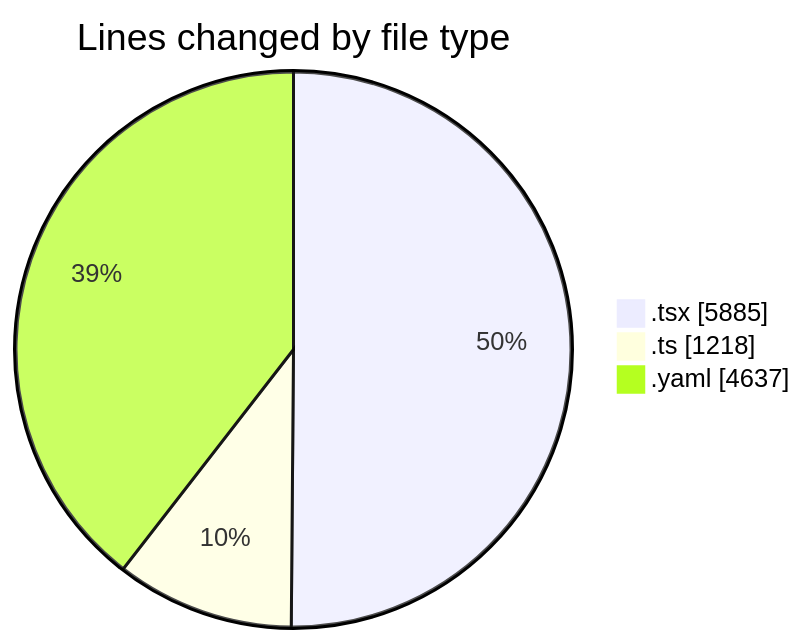
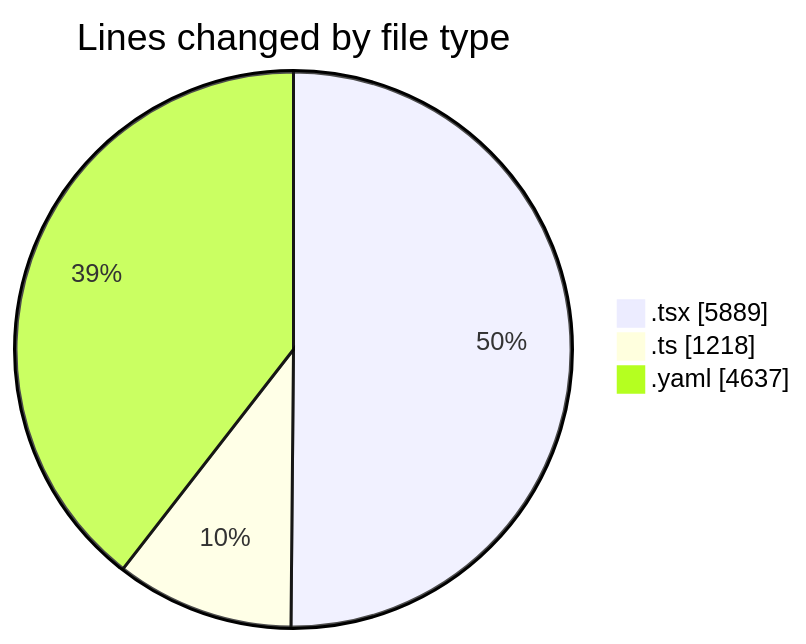
The first of 2 diagrams in 2025-10-13/eventscop-frontend-guide__workspace_/README.md (julien-gomy/code-tracking), drawn with Mermaid before and after one commit. The commit also changed other lines of this file and 1 other file, not shown here.

````diff
--- a/2025-10-13/eventscop-frontend-guide__workspace_/README.md
+++ b/2025-10-13/eventscop-frontend-guide__workspace_/README.md
@@ -52,7 +52,7 @@
 ```mermaid
 pie showData
 title Lines changed by file type
-".tsx" : 5885
+".tsx" : 5889
 ".ts" : 1218
 ".yaml" : 4637
 ```
````
